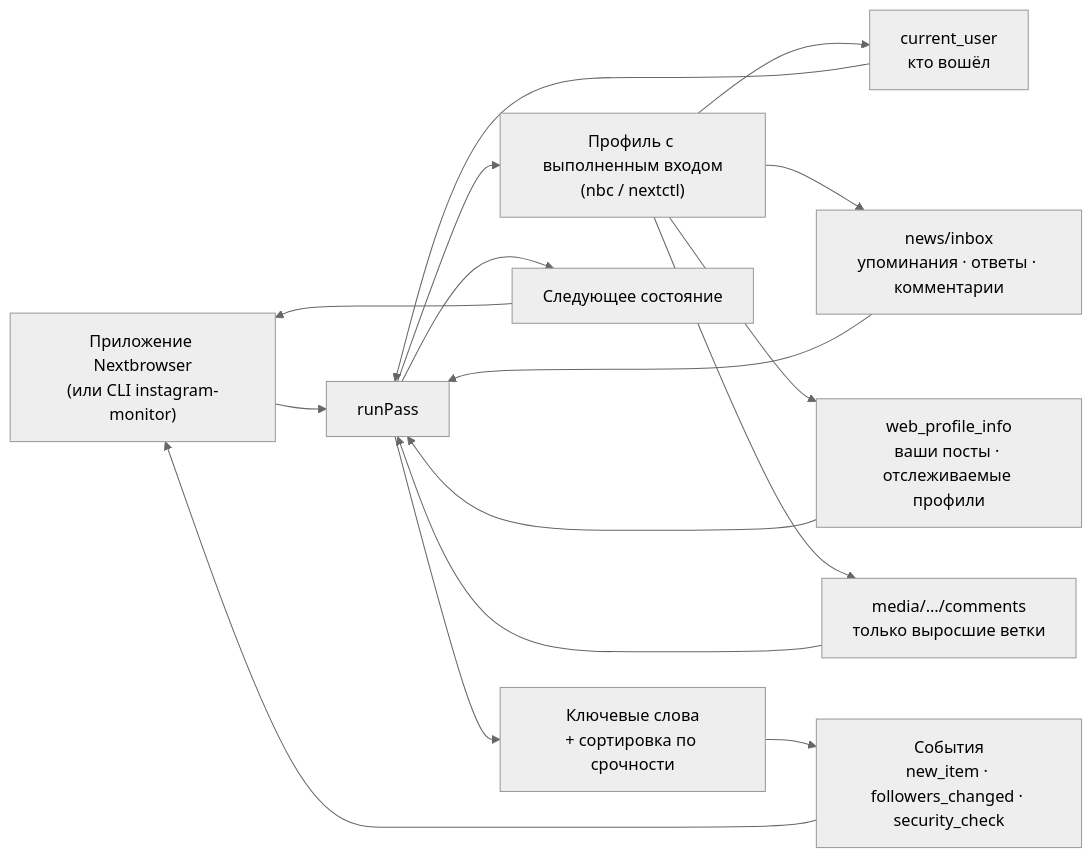
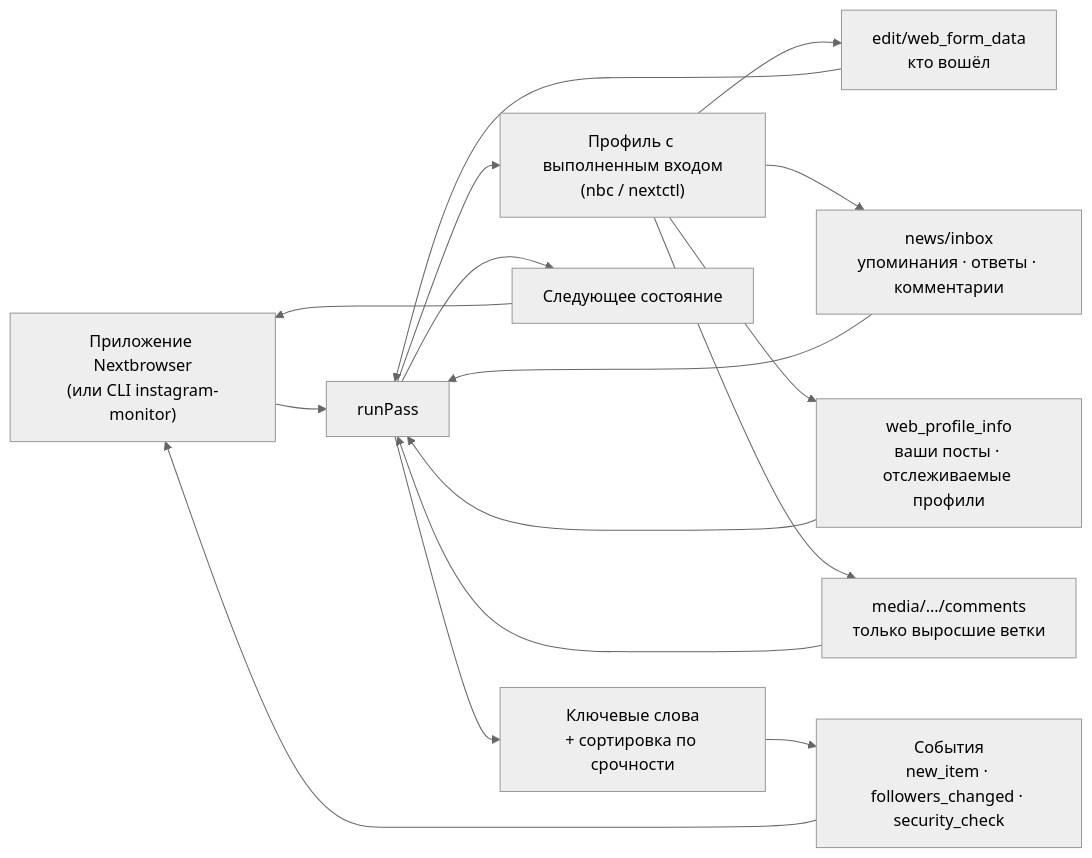
The diagram in docs/i18n/ru/README.md (nextbrowser-oss/nextbrowser-instagram-monitoring), drawn with Mermaid (neutral theme) before and after one commit. The commit also changed 6 other files, not shown here.

First line of the commit message:
fix: read the signed-in account from the edit form data

````diff
--- a/docs/i18n/ru/README.md
+++ b/docs/i18n/ru/README.md
@@ -159,18 +159,18 @@
 ```mermaid
 flowchart LR
   App["Приложение Nextbrowser<br/>(или CLI instagram-monitor)"] --> Pass["runPass"]
   Pass --> Browser["Профиль с выполненным входом<br/>(nbc / nextctl)"]
-  Browser --> Me["current_user<br/>кто вошёл"]
+  Browser --> Me["edit/web_form_data<br/>кто вошёл"]
   Browser --> Activity["news/inbox<br/>упоминания · ответы · комментарии"]
   Browser --> Profiles["web_profile_info<br/>ваши посты · отслеживаемые профили"]
   Browser --> Threads["media/…/comments<br/>только выросшие ветки"]
   Me --> Pass
   Activity --> Pass
   Profiles --> Pass
   Threads --> Pass
   Pass --> Triage["Ключевые слова<br/>+ сортировка по срочности"]
   Triage --> Events["События<br/>new_item · followers_changed · security_check"]
   Pass --> State["Следующее состояние"]
   Events --> App
   State --> App
 ```
````
